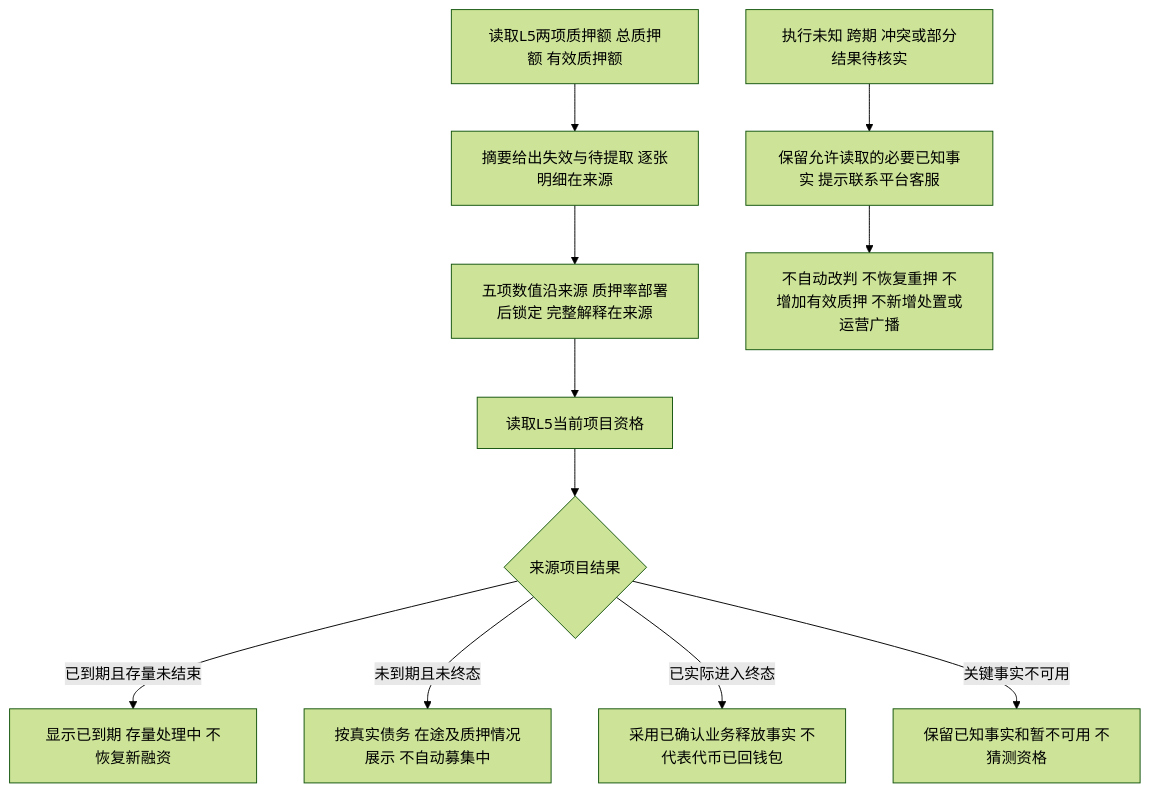
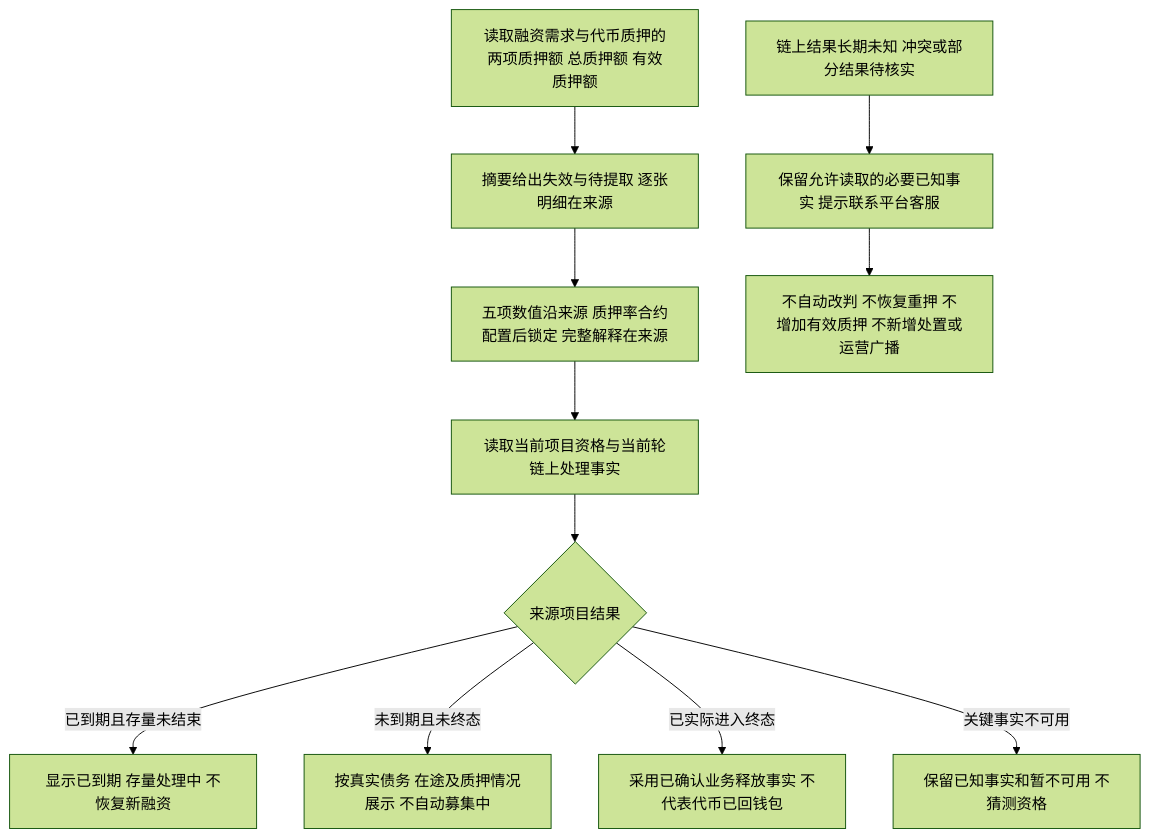
Before and after one commit to wxblockchain/Chain-Financing: diagram 11 of 15 in lending-platform/PRD/面客端/09-我的控制台/02-我的控制台-流程图与状态机.md, drawn with Mermaid (forest theme). The commit also changed other lines of this file and 5 other files, not shown here.

First line of the commit message:
prd(WS-450): console follows the on-chain flow; approvals list; disbursement info on repayment list

````diff
--- a/lending-platform/PRD/面客端/09-我的控制台/02-我的控制台-流程图与状态机.md
+++ b/lending-platform/PRD/面客端/09-我的控制台/02-我的控制台-流程图与状态机.md
@@ -308,13 +319,13 @@
 ```mermaid
 flowchart TD
-  A[读取L5两项质押额 总质押额 有效质押额] --> B[摘要给出失效与待提取 逐张明细在来源]
-  B --> C[五项数值沿来源 质押率部署后锁定 完整解释在来源]
-  C --> D[读取L5当前项目资格]
+  A[读取融资需求与代币质押的两项质押额 总质押额 有效质押额] --> B[摘要给出失效与待提取 逐张明细在来源]
+  B --> C[五项数值沿来源 质押率合约配置后锁定 完整解释在来源]
+  C --> D[读取当前项目资格与当前轮链上处理事实]
   D --> E{来源项目结果}
   E -- 已到期且存量未结束 --> F[显示已到期 存量处理中 不恢复新融资]
   E -- 未到期且未终态 --> G[按真实债务 在途及质押情况展示 不自动募集中]
   E -- 已实际进入终态 --> H[采用已确认业务释放事实 不代表代币已回钱包]
   E -- 关键事实不可用 --> I[保留已知事实和暂不可用 不猜测资格]
-  J[执行未知 跨期 冲突或部分结果待核实] --> K[保留允许读取的必要已知事实 提示联系平台客服]
+  J[链上结果长期未知 冲突或部分结果待核实] --> K[保留允许读取的必要已知事实 提示联系平台客服]
   K --> L[不自动改判 不恢复重押 不增加有效质押 不新增处置或运营广播]
 ```
````
